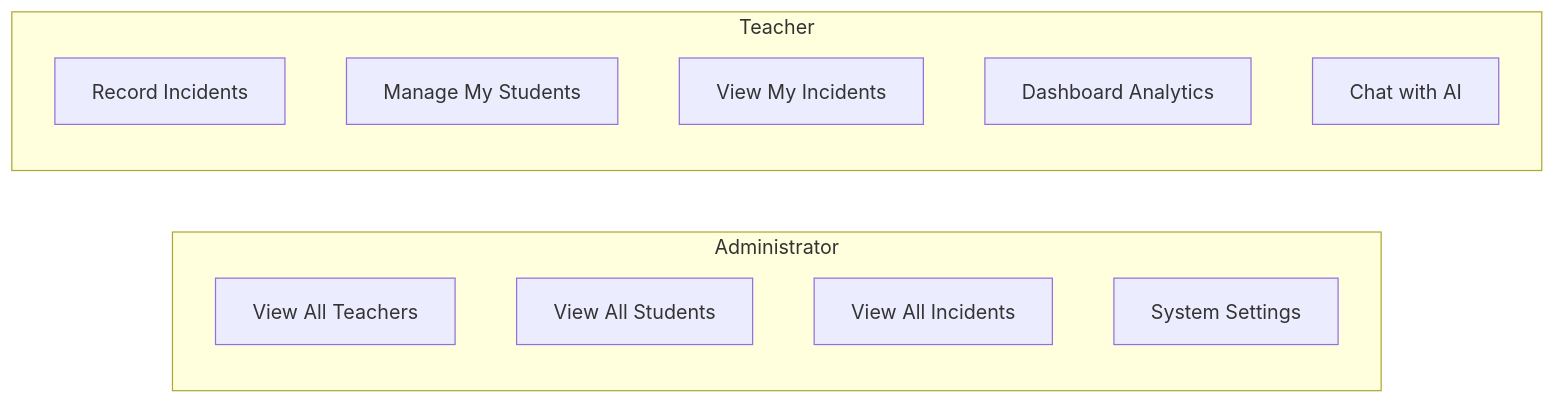
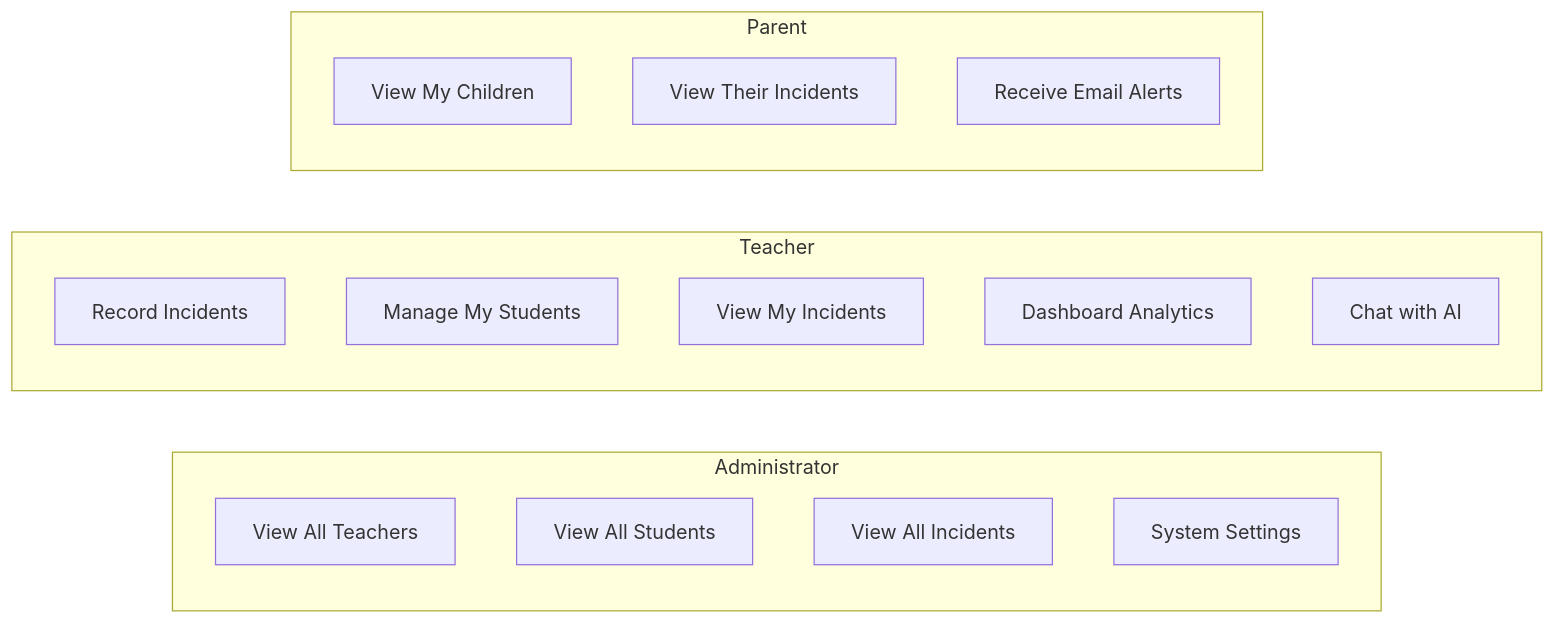
The fourth of 4 diagrams in app/docs/architecture.md (SALT-Lab-Human-AI/project-check-point-1-ABCapture), drawn with Mermaid before and after one commit. The commit also changed other lines of this file, not shown here.

Commit message:
Fix architecture.md: Update to LLaMA 3.3 70B, correct automatic ABC extraction, and fix Mermaid rendering

````diff
--- a/app/docs/architecture.md
+++ b/app/docs/architecture.md
@@ -228,18 +160,23 @@
 ```mermaid
 graph LR
     subgraph Administrator
         A1[View All Teachers]
         A2[View All Students]
         A3[View All Incidents]
         A4[System Settings]
     end
     
     subgraph Teacher
         T1[Record Incidents]
         T2[Manage My Students]
         T3[View My Incidents]
         T4[Dashboard Analytics]
         T5[Chat with AI]
     end
     
+    subgraph Parent
+        P1[View My Children]
+        P2[View Their Incidents]
+        P3[Receive Email Alerts]
+    end
 ```
````
